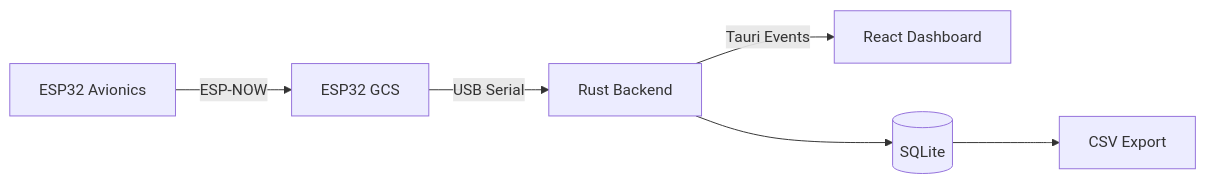
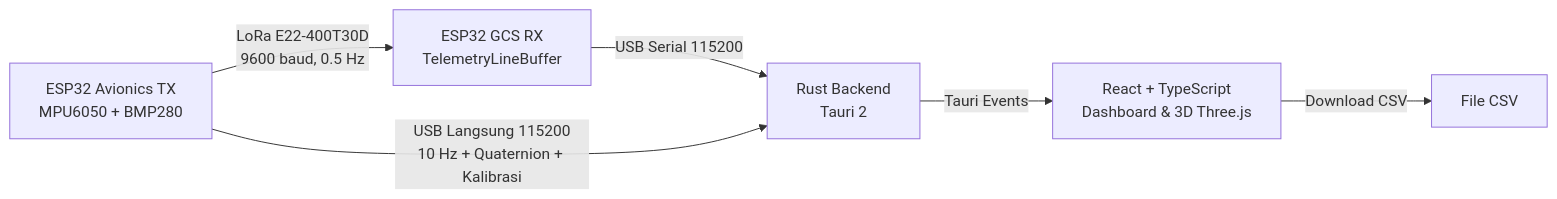
One commit to Raharinda/avionics-gcs changed the diagram in README.md. Above: the diagram before and after it, drawn with Mermaid. The commit also changed other lines of this file, not shown here.

````diff
--- a/README.md
+++ b/README.md
@@ -24,8 +26,8 @@
 ```mermaid
 flowchart LR
-  A[ESP32 Avionics] -->|ESP-NOW| B[ESP32 GCS]
-  B -->|USB Serial| C[Rust Backend]
-  C -->|Tauri Events| D[React Dashboard]
-  C --> E[(SQLite)]
-  E --> F[CSV Export]
+  A[ESP32 Avionics TX<br/>MPU6050 + BMP280] -->|LoRa E22-400T30D<br/>9600 baud, 0.5 Hz| B[ESP32 GCS RX<br/>TelemetryLineBuffer]
+  B -->|USB Serial 115200| C[Rust Backend<br/>Tauri 2]
+  A -->|USB Langsung 115200<br/>10 Hz + Quaternion + Kalibrasi| C
+  C -->|Tauri Events| D[React + TypeScript<br/>Dashboard & 3D Three.js]
+  D -->|Download CSV| E[File CSV]
 ```
````
